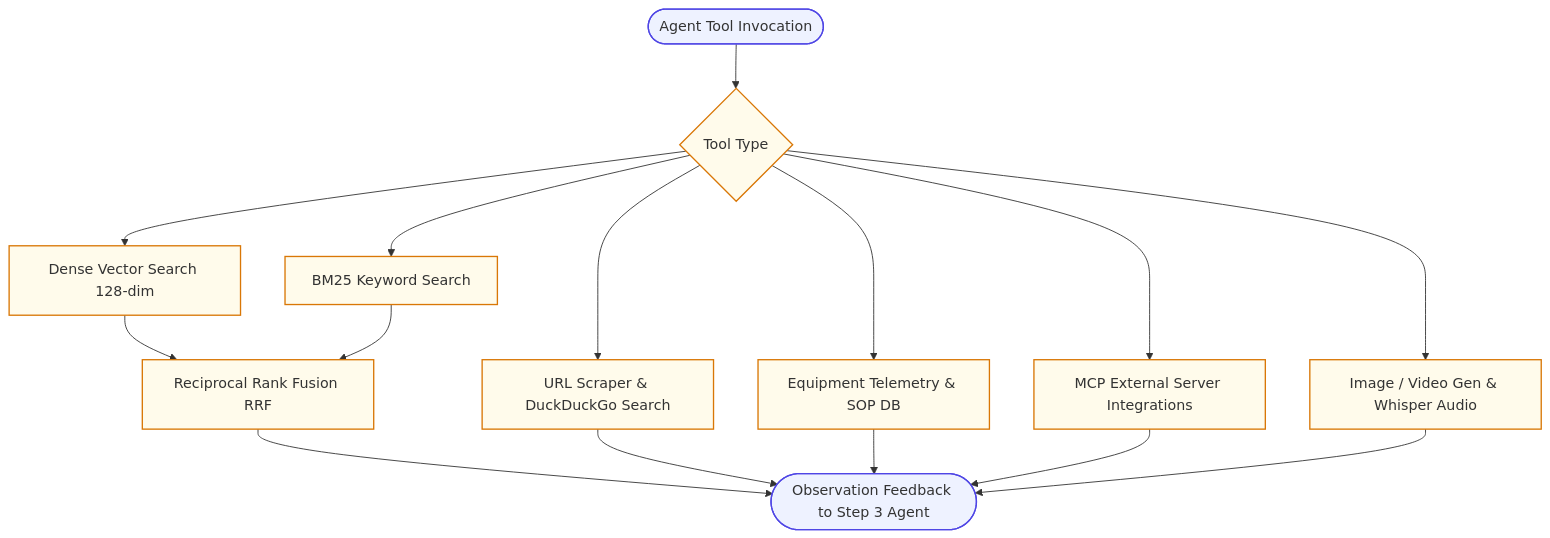
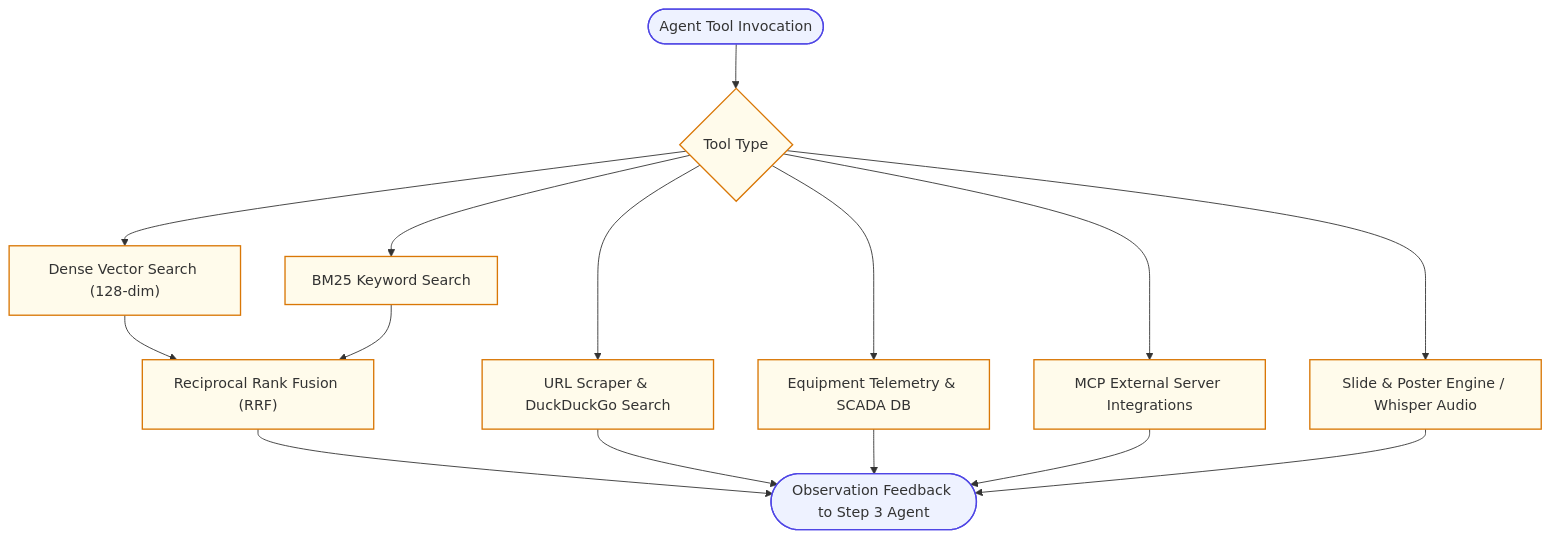
One commit to Goutam16-Withcode/Atlas changed the fifth of 6 diagrams in readme.md. Above: the diagram before and after it, drawn with Mermaid. The commit also changed other lines of this file and 3 other files, not shown here.

Commit message:
docs: update README with new light theme UI screenshots, modern architecture diagrams, and current project capabilities

````diff
--- a/readme.md
+++ b/readme.md
@@ -105,18 +120,18 @@
 ```mermaid
 flowchart TD
     classDef toolStyle fill:#FFFBEB,stroke:#D97706,stroke-width:1.5px;
     classDef clientStyle fill:#EEF2FF,stroke:#4F46E5,stroke-width:1.5px;
 
     ToolCall(["Agent Tool Invocation"]):::clientStyle --> Dispatcher{"Tool Type"}:::toolStyle
 
-    Dispatcher --> DenseRAG["Dense Vector Search 128-dim"]:::toolStyle
+    Dispatcher --> DenseRAG["Dense Vector Search (128-dim)"]:::toolStyle
     Dispatcher --> KeywordRAG["BM25 Keyword Search"]:::toolStyle
-    DenseRAG & KeywordRAG --> RRFMerge["Reciprocal Rank Fusion RRF"]:::toolStyle
+    DenseRAG & KeywordRAG --> RRFMerge["Reciprocal Rank Fusion (RRF)"]:::toolStyle
 
     Dispatcher --> WebTools["URL Scraper & DuckDuckGo Search"]:::toolStyle
-    Dispatcher --> IndustrialDB["Equipment Telemetry & SOP DB"]:::toolStyle
+    Dispatcher --> IndustrialDB["Equipment Telemetry & SCADA DB"]:::toolStyle
     Dispatcher --> MCPBridge["MCP External Server Integrations"]:::toolStyle
-    Dispatcher --> MediaEngine["Image / Video Gen & Whisper Audio"]:::toolStyle
+    Dispatcher --> MediaEngine["Slide & Poster Engine / Whisper Audio"]:::toolStyle
 
     RRFMerge & WebTools & IndustrialDB & MCPBridge & MediaEngine --> ToolResult(["Observation Feedback to Step 3 Agent"]):::clientStyle
 ```
````
